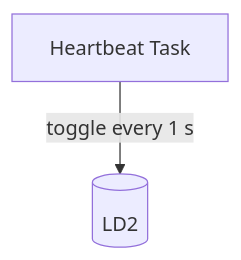
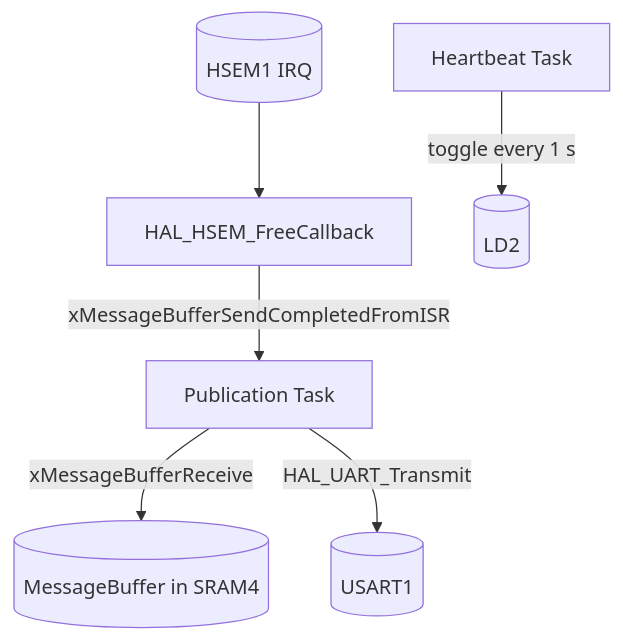
Before and after one commit to MatiMcFly/t3-digidash: the second of 2 diagrams in fw/nucleo/README.md, drawn with Mermaid. The commit also changed other lines of this file, not shown here.

````diff
--- a/fw/nucleo/README.md
+++ b/fw/nucleo/README.md
@@ -62,7 +96,16 @@
 ```mermaid
 flowchart TB
+  ISR[HAL_HSEM_FreeCallback]
+  PUB[Publication Task]
     HB[Heartbeat Task]
+  IPC[(MessageBuffer in SRAM4)]
+  HSEM[(HSEM1 IRQ)]
+  UART[(USART1)]
     LED[(LD2)]
 
+  HSEM --> ISR
+  ISR -->|xMessageBufferSendCompletedFromISR| PUB
+  PUB -->|xMessageBufferReceive| IPC
+  PUB -->|HAL_UART_Transmit| UART
     HB -->|toggle every 1 s| LED
 ```
````
